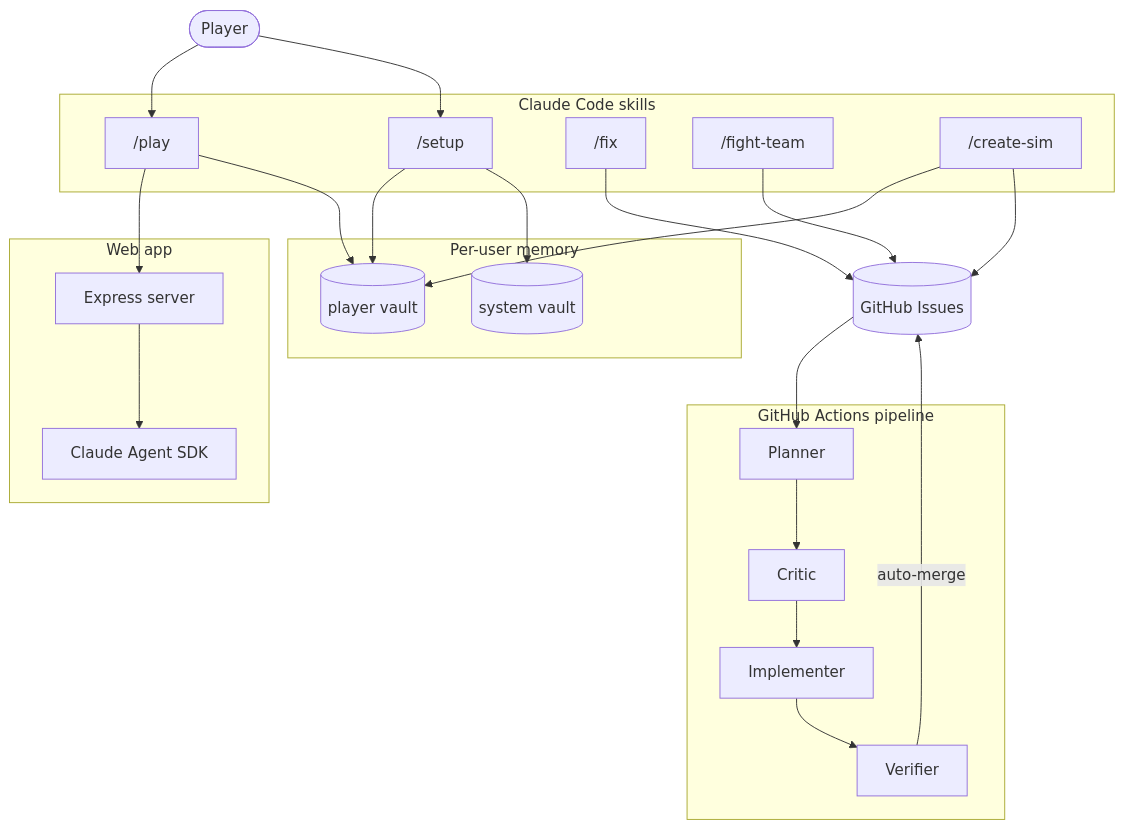
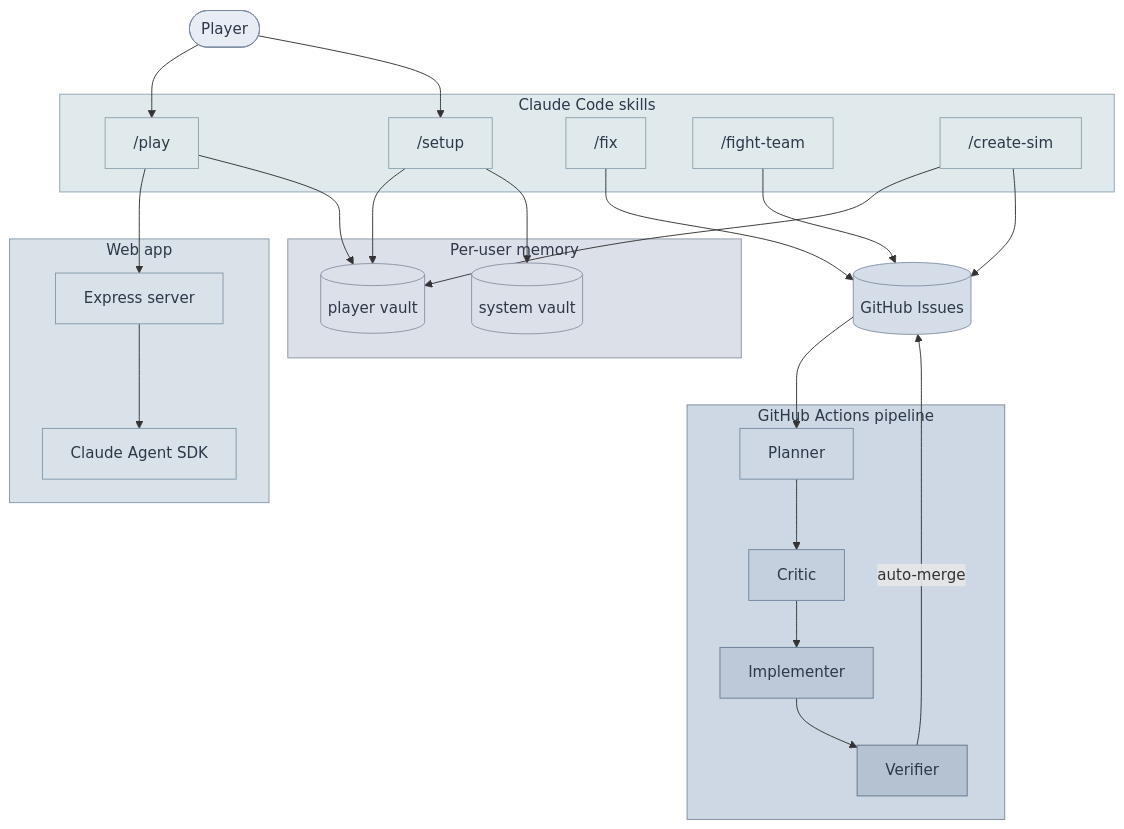
One commit to drashtishah/aws-simulator changed the second of 2 diagrams in README.md. Above: the diagram before and after it, drawn with Mermaid. The commit also changed other lines of this file, not shown here.

Commit message:
docs: ops centre pastel palette for README diagrams
Replace default yellow/lavender with cool blue-grey pastels. Pipeline
nodes darken progressively (planner lightest, verifier darkest) to
suggest flow direction. No yellows.

Also close #127 (headless plan execution, replaced by GHA pipeline).

Ref #173

````diff
--- a/README.md
+++ b/README.md
@@ -34,47 +44,67 @@
 ```mermaid
 flowchart TB
   Player([Player])
   Issues[(GitHub Issues)]
 
   subgraph Skills[Claude Code skills]
     Setup["/setup"]
     Play["/play"]
     Fix["/fix"]
     FightTeam["/fight-team"]
     CreateSim["/create-sim"]
   end
 
   subgraph Memory[Per-user memory]
     PlayerVault[(player vault)]
     SystemVault[(system vault)]
   end
 
   subgraph Web[Web app]
     Express[Express server]
     Claude[Claude Agent SDK]
   end
 
   subgraph Pipeline[GitHub Actions pipeline]
     Planner[Planner]
     Critic[Critic]
     Implementer[Implementer]
     Verifier[Verifier]
   end
 
   Player --> Play
   Player --> Setup
   Play --> Express
   Express --> Claude
   Play --> PlayerVault
   Setup --> PlayerVault
   Setup --> SystemVault
   CreateSim --> PlayerVault
   Fix --> Issues
   FightTeam --> Issues
   CreateSim --> Issues
   Issues --> Planner
   Planner --> Critic
   Critic --> Implementer
   Implementer --> Verifier
   Verifier -->|auto-merge| Issues
+
+  style Player fill:#e8edf5,stroke:#7b8ba3,color:#2d3748
+  style Issues fill:#d4dde8,stroke:#8494a7,color:#2d3748
+  style Skills fill:#e0eaed,stroke:#8fa4af,color:#2d3748
+  style Memory fill:#dce0e8,stroke:#8b95a5,color:#2d3748
+  style Web fill:#d8e2e8,stroke:#849aaa,color:#2d3748
+  style Pipeline fill:#cdd8e4,stroke:#7b8da0,color:#2d3748
+  style Setup fill:#e0eaed,stroke:#8fa4af,color:#2d3748
+  style Play fill:#e0eaed,stroke:#8fa4af,color:#2d3748
+  style Fix fill:#e0eaed,stroke:#8fa4af,color:#2d3748
+  style FightTeam fill:#e0eaed,stroke:#8fa4af,color:#2d3748
+  style CreateSim fill:#e0eaed,stroke:#8fa4af,color:#2d3748
+  style PlayerVault fill:#dce0e8,stroke:#8b95a5,color:#2d3748
+  style SystemVault fill:#dce0e8,stroke:#8b95a5,color:#2d3748
+  style Express fill:#d8e2e8,stroke:#849aaa,color:#2d3748
+  style Claude fill:#d8e2e8,stroke:#849aaa,color:#2d3748
+  style Planner fill:#cdd8e4,stroke:#7b8da0,color:#2d3748
+  style Critic fill:#c5d0de,stroke:#7385a0,color:#2d3748
+  style Implementer fill:#bdc9d8,stroke:#6b7d94,color:#2d3748
+  style Verifier fill:#b5c2d2,stroke:#63758a,color:#2d3748
 ```
````
